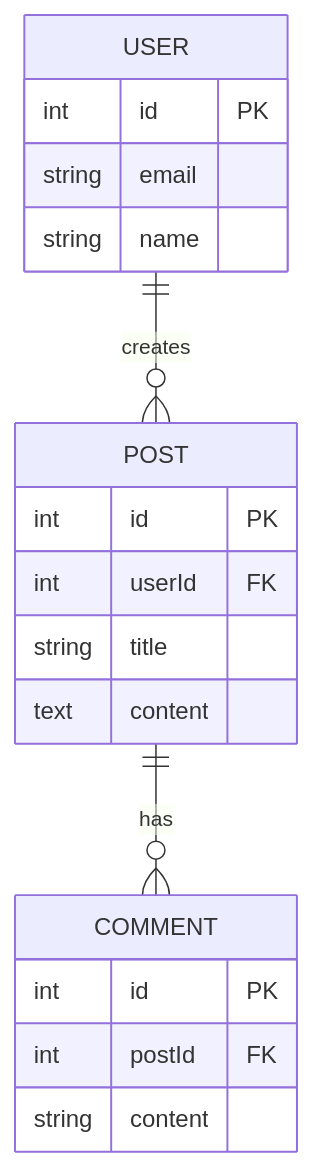
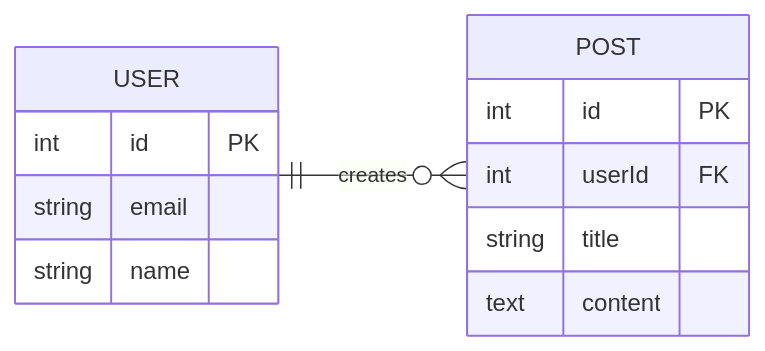
The eighth of 10 diagrams in playground/nuxt/app/markdown/mermaid.md (jinghaihan/vue-stream-markdown), drawn with Mermaid before and after one commit. The commit also changed other lines of this file and 1 other file, not shown here.

Commit message:
docs(playground): refresh landing page and mermaid examples

````diff
--- a/playground/nuxt/app/markdown/mermaid.md
+++ b/playground/nuxt/app/markdown/mermaid.md
@@ -143,21 +139,16 @@
 ```mermaid
 erDiagram
+    direction LR
     USER ||--o{ POST : creates
     USER {
         int id PK
         string email
         string name
     }
     POST {
         int id PK
         int userId FK
         string title
         text content
     }
-    POST ||--o{ COMMENT : has
-    COMMENT {
-        int id PK
-        int postId FK
-        string content
-    }
 ```
````
